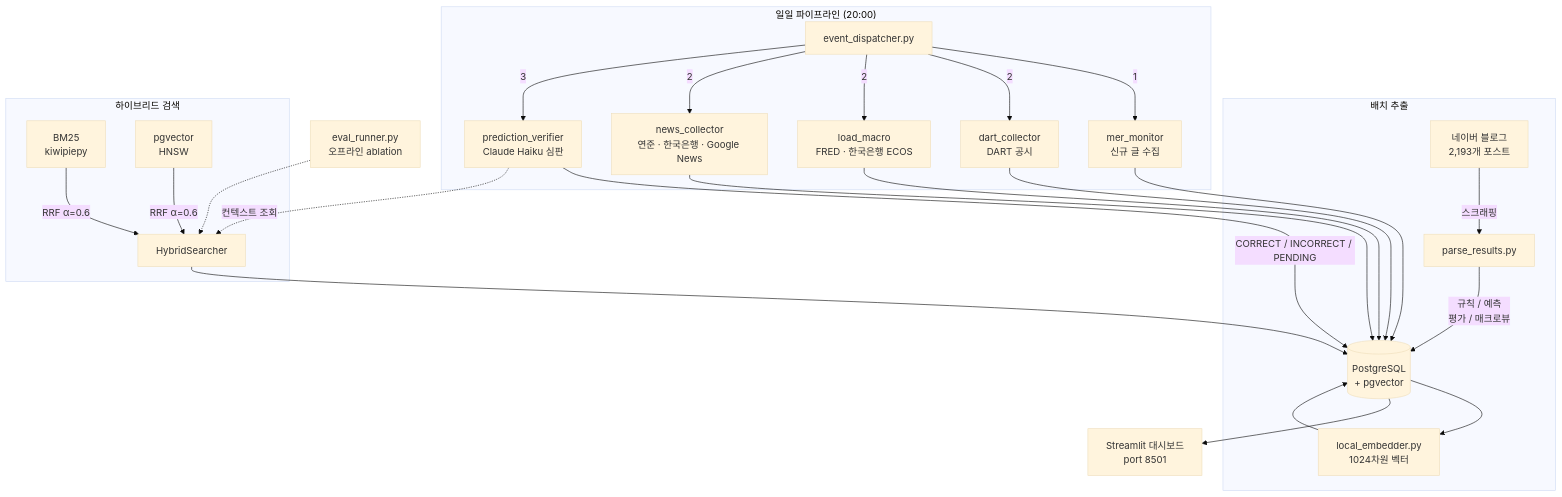
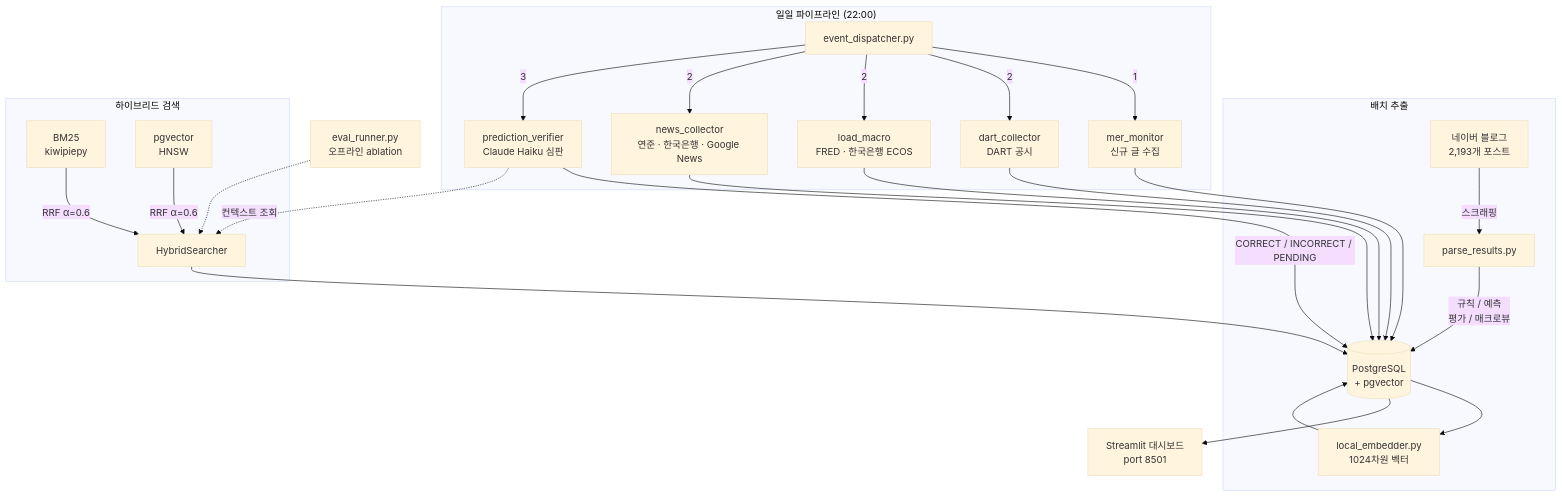
One commit to 11e3/mer-insight-pipeline changed the diagram in README_KR.md. Above: the diagram before and after it, drawn with Mermaid (base theme). The commit also changed other lines of this file and 3 other files, not shown here.

````diff
--- a/README_KR.md
+++ b/README_KR.md
@@ -17,31 +17,31 @@
 ```mermaid
 flowchart TD
     subgraph 배치 추출
         A[네이버 블로그<br>2,193개 포스트] -->|스크래핑| B[parse_results.py]
         B -->|규칙 / 예측<br>평가 / 매크로뷰| C[(PostgreSQL<br>+ pgvector)]
         C --> EMB[local_embedder.py<br>1024차원 벡터]
         EMB --> C
     end
 
-    subgraph "일일 파이프라인 (20:00)"
+    subgraph "일일 파이프라인 (22:00)"
         ED[event_dispatcher.py] -->|1| MER[mer_monitor<br>신규 글 수집]
         ED -->|2| DC[dart_collector<br>DART 공시]
         ED -->|2| LM[load_macro<br>FRED · 한국은행 ECOS]
         ED -->|2| NC[news_collector<br>연준 · 한국은행 · Google News]
         ED -->|3| PV[prediction_verifier<br>Claude Haiku 심판]
         MER --> C
         DC & LM & NC --> C
         PV -->|CORRECT / INCORRECT / PENDING| C
     end
 
     subgraph 하이브리드 검색
         HS1[BM25<br>kiwipiepy] & HS2[pgvector<br>HNSW] -->|RRF α=0.6| HS3[HybridSearcher]
     end
 
     PV -.->|컨텍스트 조회| HS3
     HS3 --> C
 
     C --> Q[Streamlit 대시보드<br>port 8501]
 
     EV[eval_runner.py<br>오프라인 ablation] -.-> HS3
 ```
````
